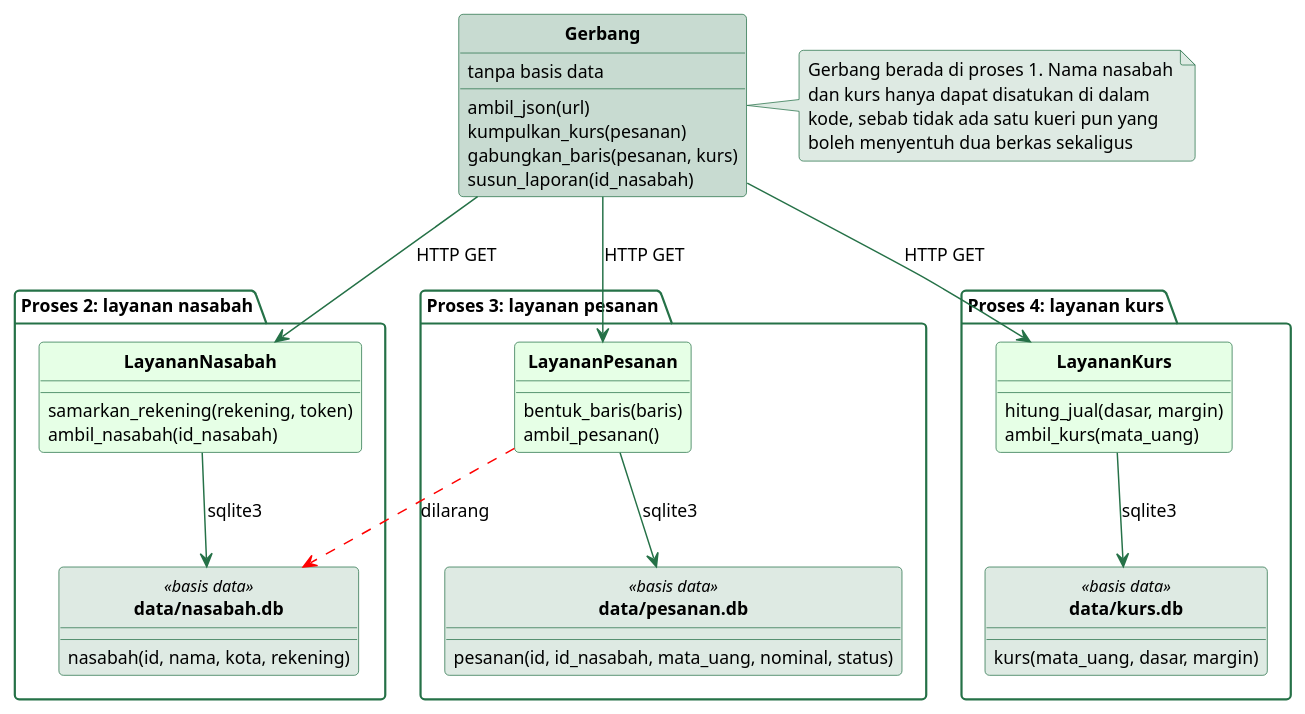
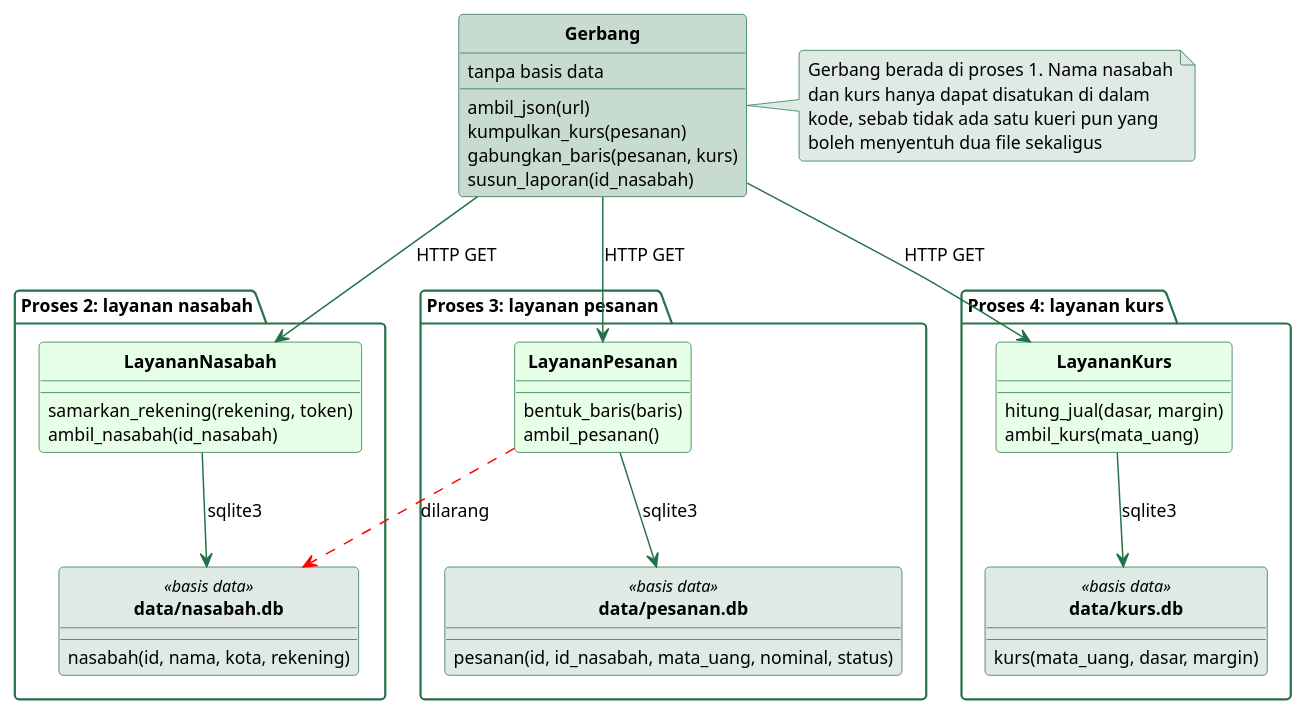
The diagram in sources/chapter13/diagram/kelas-mikroservis.puml (alfa-yohannis/software-architecture), drawn with PlantUML before and after one commit. The commit also changed other lines of this file and 71 other files, not shown here.

```diff
--- a/sources/chapter13/diagram/kelas-mikroservis.puml
+++ b/sources/chapter13/diagram/kelas-mikroservis.puml
@@ -13,83 +13,83 @@
 @startuml
 skinparam backgroundColor transparent
 skinparam defaultFontName Titillium Web
 skinparam defaultFontSize 13
 skinparam shadowing false
 skinparam roundCorner 6
 skinparam classAttributeIconSize 0
 skinparam classFontStyle bold
 skinparam ArrowColor #257147
 skinparam ArrowFontSize 12
 skinparam class {
   BorderColor #257147
   BackgroundColor #EBEBFF
   FontColor black
   AttributeFontSize 12
   StereotypeFontSize 11
 }
 skinparam package {
   BorderColor #257147
   BackgroundColor transparent
   FontColor black
   FontSize 12
 }
 skinparam note {
   BackgroundColor #DEEAE3
   BorderColor #257147
   FontSize 12
 }
 hide circle
 
 class Gerbang #C8DBD1 {
   tanpa basis data
   ambil_json(url)
   kumpulkan_kurs(pesanan)
   gabungkan_baris(pesanan, kurs)
   susun_laporan(id_nasabah)
 }
 
 package "Proses 2: layanan nasabah" {
   class LayananNasabah #E6FFE6 {
     samarkan_rekening(rekening, token)
     ambil_nasabah(id_nasabah)
   }
   class "data/nasabah.db" as DbNasabah <<basis data>> #DEEAE3 {
     nasabah(id, nama, kota, rekening)
   }
 }
 
 package "Proses 3: layanan pesanan" {
   class LayananPesanan #E6FFE6 {
     bentuk_baris(baris)
     ambil_pesanan()
   }
   class "data/pesanan.db" as DbPesanan <<basis data>> #DEEAE3 {
     pesanan(id, id_nasabah, mata_uang, nominal, status)
   }
 }
 
 package "Proses 4: layanan kurs" {
   class LayananKurs #E6FFE6 {
     hitung_jual(dasar, margin)
     ambil_kurs(mata_uang)
   }
   class "data/kurs.db" as DbKurs <<basis data>> #DEEAE3 {
     kurs(mata_uang, dasar, margin)
   }
 }
 
 Gerbang -down-> LayananNasabah : HTTP GET
 Gerbang -down-> LayananPesanan : HTTP GET
 Gerbang -down-> LayananKurs : HTTP GET
 LayananNasabah -down-> DbNasabah : sqlite3
 LayananPesanan -down-> DbPesanan : sqlite3
 LayananKurs -down-> DbKurs : sqlite3
 LayananPesanan -[#red,dashed]-> DbNasabah : dilarang
 
 note right of Gerbang
   Gerbang berada di proses 1. Nama nasabah
   dan kurs hanya dapat disatukan di dalam
   kode, sebab tidak ada satu kueri pun yang
-  boleh menyentuh dua berkas sekaligus
+  boleh menyentuh dua file sekaligus
 end note
 @enduml
```
